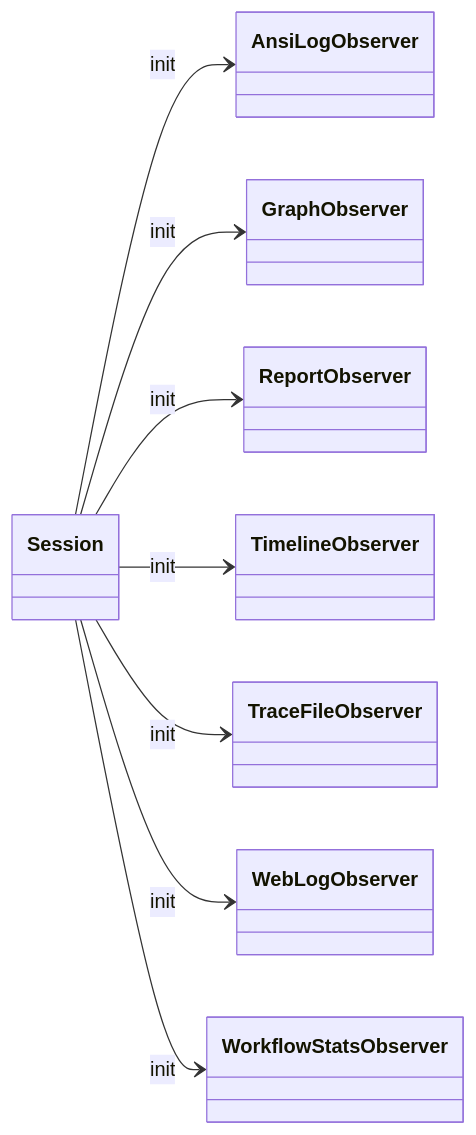
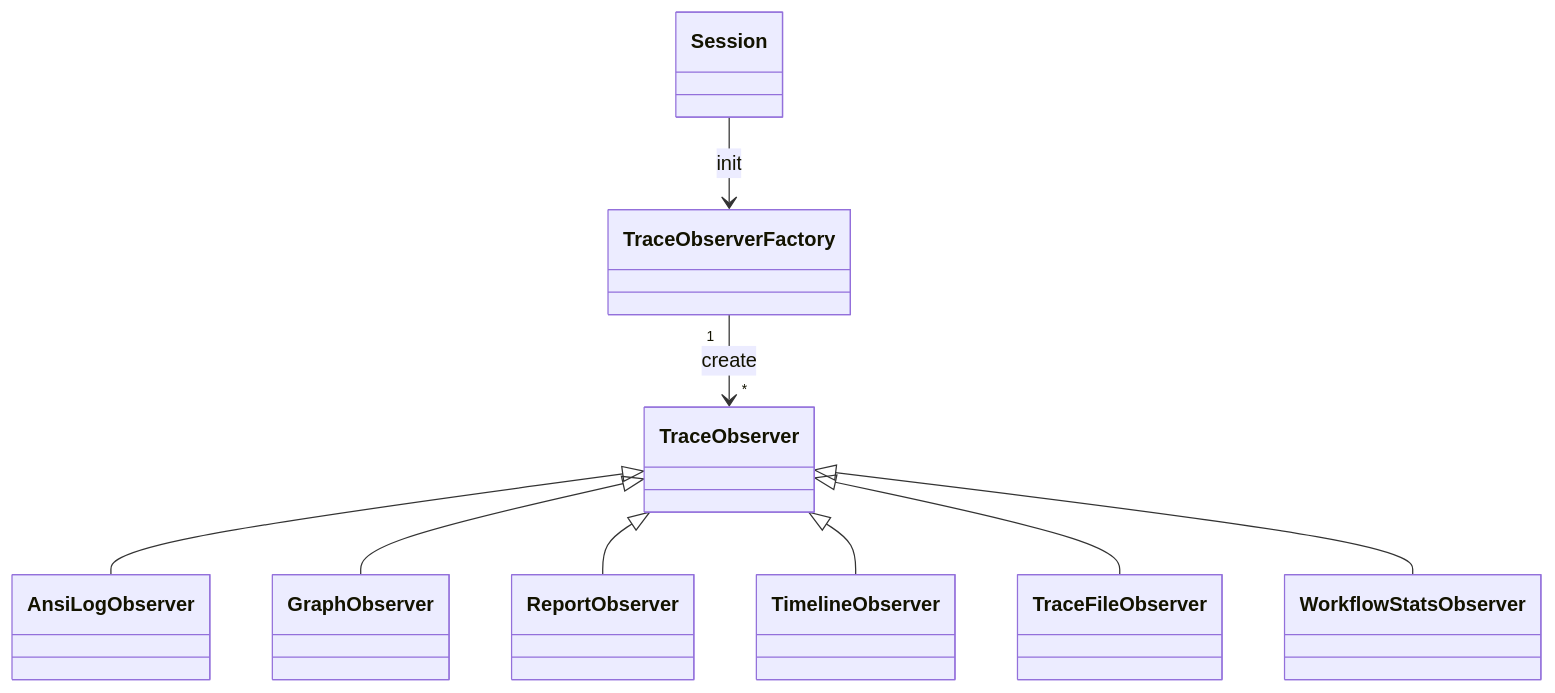
One commit to nextflow-io/nextflow changed the diagram in docs/developer/diagrams/nextflow.trace.mmd. Above: the diagram before and after it, drawn with Mermaid. The commit also changed 16 other files, not shown here.

Commit message:
Update developer diagrams

```diff
--- a/docs/developer/diagrams/nextflow.trace.mmd
+++ b/docs/developer/diagrams/nextflow.trace.mmd
@@ -1,22 +1,13 @@
 classDiagram
     %%
     %% nextflow.trace
     %%
-    direction LR
+    Session --> TraceObserverFactory : init
 
-    %% TraceObserverFactory "1" --> "*" TraceObserver : create
-    %% TraceObserver <|-- AnsiLogObserver
-    %% TraceObserver <|-- GraphObserver
-    %% TraceObserver <|-- ReportObserver
-    %% TraceObserver <|-- TimelineObserver
-    %% TraceObserver <|-- TraceFileObserver
-    %% TraceObserver <|-- WebLogObserver
-    %% TraceObserver <|-- WorkflowStatsObserver
-
-    Session --> AnsiLogObserver : init
-    Session --> GraphObserver : init
-    Session --> ReportObserver : init
-    Session --> TimelineObserver : init
-    Session --> TraceFileObserver : init
-    Session --> WebLogObserver : init
-    Session --> WorkflowStatsObserver : init
+    TraceObserverFactory "1" --> "*" TraceObserver : create
+    TraceObserver <|-- AnsiLogObserver
+    TraceObserver <|-- GraphObserver
+    TraceObserver <|-- ReportObserver
+    TraceObserver <|-- TimelineObserver
+    TraceObserver <|-- TraceFileObserver
+    TraceObserver <|-- WorkflowStatsObserver
```
